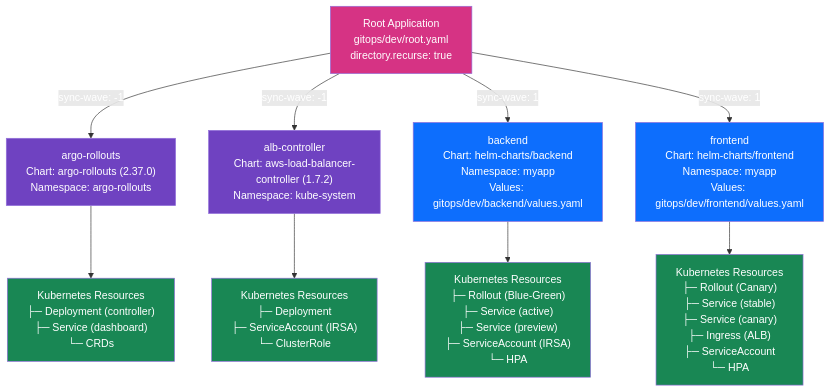
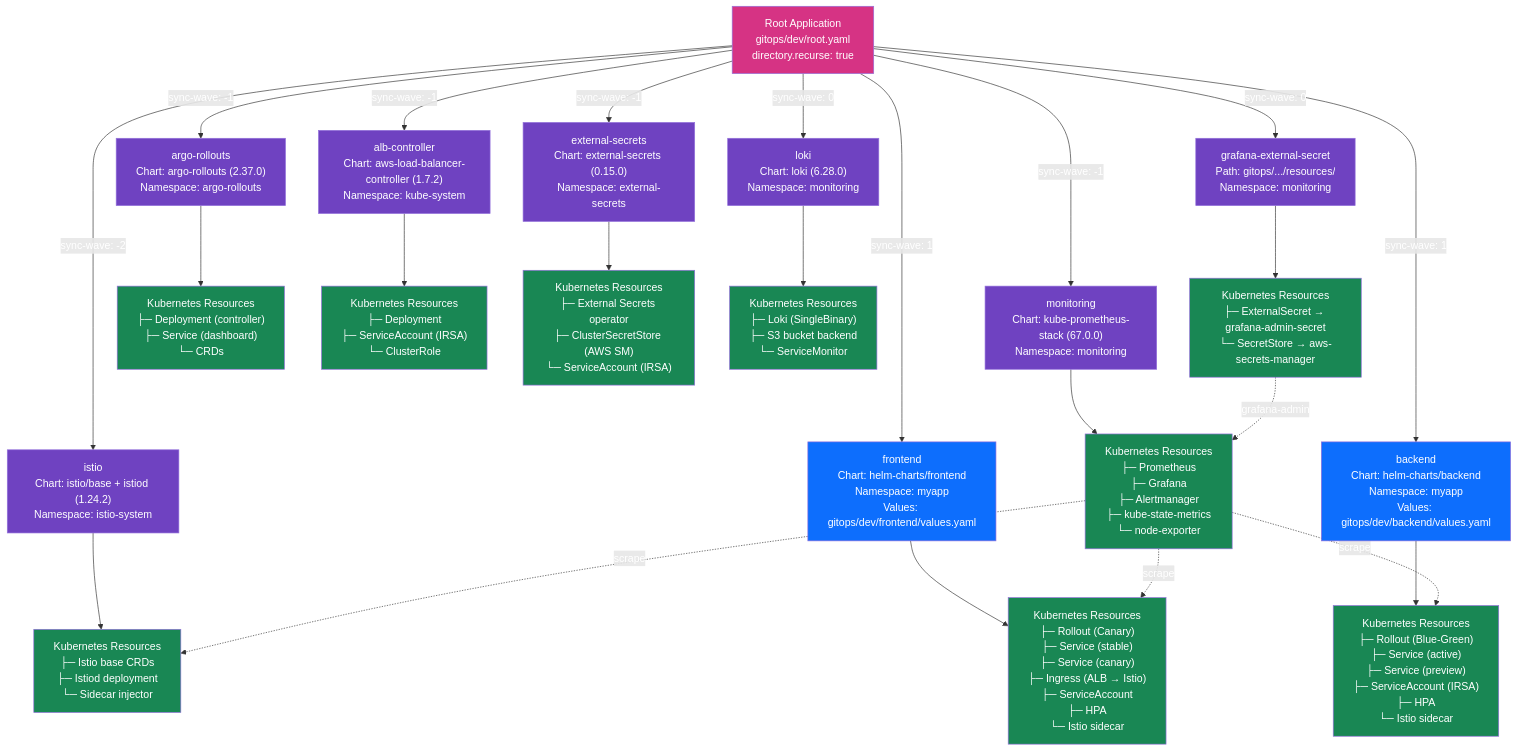
Before and after one commit to RaymonSun1230/my-devops-project: the third of 7 diagrams in docs/diagrams.md, drawn with Mermaid. The commit also changed other lines of this file and 3 other files, not shown here.

Commit message:
feat: update readme for new features(istio, prometheus, grafana, waf)

````diff
--- a/docs/diagrams.md
+++ b/docs/diagrams.md
@@ -219,28 +261,42 @@
 ```mermaid
 graph TD
     ROOT["Root Application<br/>gitops/dev/root.yaml<br/>directory.recurse: true"]
 
+    ROOT -->|"sync-wave: -2"| ISTIO_APP["istio<br/>Chart: istio/base + istiod (1.24.2)<br/>Namespace: istio-system"]
     ROOT -->|"sync-wave: -1"| ROLLOUTS_APP["argo-rollouts<br/>Chart: argo-rollouts (2.37.0)<br/>Namespace: argo-rollouts"]
     ROOT -->|"sync-wave: -1"| ALB_APP["alb-controller<br/>Chart: aws-load-balancer-controller (1.7.2)<br/>Namespace: kube-system"]
+    ROOT -->|"sync-wave: -1"| ES_APP["external-secrets<br/>Chart: external-secrets (0.15.0)<br/>Namespace: external-secrets"]
+    ROOT -->|"sync-wave: -1"| MON_APP["monitoring<br/>Chart: kube-prometheus-stack (67.0.0)<br/>Namespace: monitoring"]
+    ROOT -->|"sync-wave: 0"| LOKI_APP["loki<br/>Chart: loki (6.28.0)<br/>Namespace: monitoring"]
+    ROOT -->|"sync-wave: 0"| GF_ES_APP["grafana-external-secret<br/>Path: gitops/.../resources/<br/>Namespace: monitoring"]
 
     ROOT -->|"sync-wave: 1"| BE_APP["backend<br/>Chart: helm-charts/backend<br/>Namespace: myapp<br/>Values: gitops/dev/backend/values.yaml"]
     ROOT -->|"sync-wave: 1"| FE_APP["frontend<br/>Chart: helm-charts/frontend<br/>Namespace: myapp<br/>Values: gitops/dev/frontend/values.yaml"]
 
+    ISTIO_APP --> ISTIO_KIND["Kubernetes Resources<br/>├─ Istio base CRDs<br/>├─ Istiod deployment<br/>└─ Sidecar injector"]
     ROLLOUTS_APP --> ROLLOUT_KIND["Kubernetes Resources<br/>├─ Deployment (controller)<br/>├─ Service (dashboard)<br/>└─ CRDs"]
+    ALB_APP --> ALB_KIND["Kubernetes Resources<br/>├─ Deployment<br/>├─ ServiceAccount (IRSA)<br/>└─ ClusterRole"]
+    ES_APP --> ES_KIND["Kubernetes Resources<br/>├─ External Secrets operator<br/>├─ ClusterSecretStore (AWS SM)<br/>└─ ServiceAccount (IRSA)"]
+    MON_APP --> MON_KIND["Kubernetes Resources<br/>├─ Prometheus<br/>├─ Grafana<br/>├─ Alertmanager<br/>├─ kube-state-metrics<br/>└─ node-exporter"]
+    LOKI_APP --> LOKI_KIND["Kubernetes Resources<br/>├─ Loki (SingleBinary)<br/>├─ S3 bucket backend<br/>└─ ServiceMonitor"]
+    GF_ES_APP --> GF_ES_KIND["Kubernetes Resources<br/>├─ ExternalSecret → grafana-admin-secret<br/>└─ SecretStore → aws-secrets-manager"]
 
-    ALB_APP --> ALB_KIND["Kubernetes Resources<br/>├─ Deployment<br/>├─ ServiceAccount (IRSA)<br/>└─ ClusterRole"]
+    BE_APP --> BE_KIND["Kubernetes Resources<br/>├─ Rollout (Blue-Green)<br/>├─ Service (active)<br/>├─ Service (preview)<br/>├─ ServiceAccount (IRSA)<br/>├─ HPA<br/>└─ Istio sidecar"]
 
-    BE_APP --> BE_KIND["Kubernetes Resources<br/>├─ Rollout (Blue-Green)<br/>├─ Service (active)<br/>├─ Service (preview)<br/>├─ ServiceAccount (IRSA)<br/>└─ HPA"]
+    FE_APP --> FE_KIND["Kubernetes Resources<br/>├─ Rollout (Canary)<br/>├─ Service (stable)<br/>├─ Service (canary)<br/>├─ Ingress (ALB → Istio)<br/>├─ ServiceAccount<br/>├─ HPA<br/>└─ Istio sidecar"]
 
-    FE_APP --> FE_KIND["Kubernetes Resources<br/>├─ Rollout (Canary)<br/>├─ Service (stable)<br/>├─ Service (canary)<br/>├─ Ingress (ALB)<br/>├─ ServiceAccount<br/>└─ HPA"]
+    MON_KIND -.->|"scrape"| FE_KIND
+    MON_KIND -.->|"scrape"| BE_KIND
+    MON_KIND -.->|"scrape"| ISTIO_KIND
+    GF_ES_KIND -.->|"grafana-admin"| MON_KIND
 
     classDef root fill:#D63384,color:#fff
     classDef platform fill:#6F42C1,color:#fff
     classDef app fill:#0D6EFD,color:#fff
     classDef k8s fill:#198754,color:#fff
 
     class ROOT root
-    class ROLLOUTS_APP,ALB_APP platform
+    class ISTIO_APP,ROLLOUTS_APP,ALB_APP,ES_APP,MON_APP,LOKI_APP,GF_ES_APP platform
     class BE_APP,FE_APP app
-    class ROLLOUT_KIND,ALB_KIND,BE_KIND,FE_KIND k8s
+    class ISTIO_KIND,ROLLOUT_KIND,ALB_KIND,ES_KIND,MON_KIND,LOKI_KIND,GF_ES_KIND,BE_KIND,FE_KIND k8s
 ```
````
